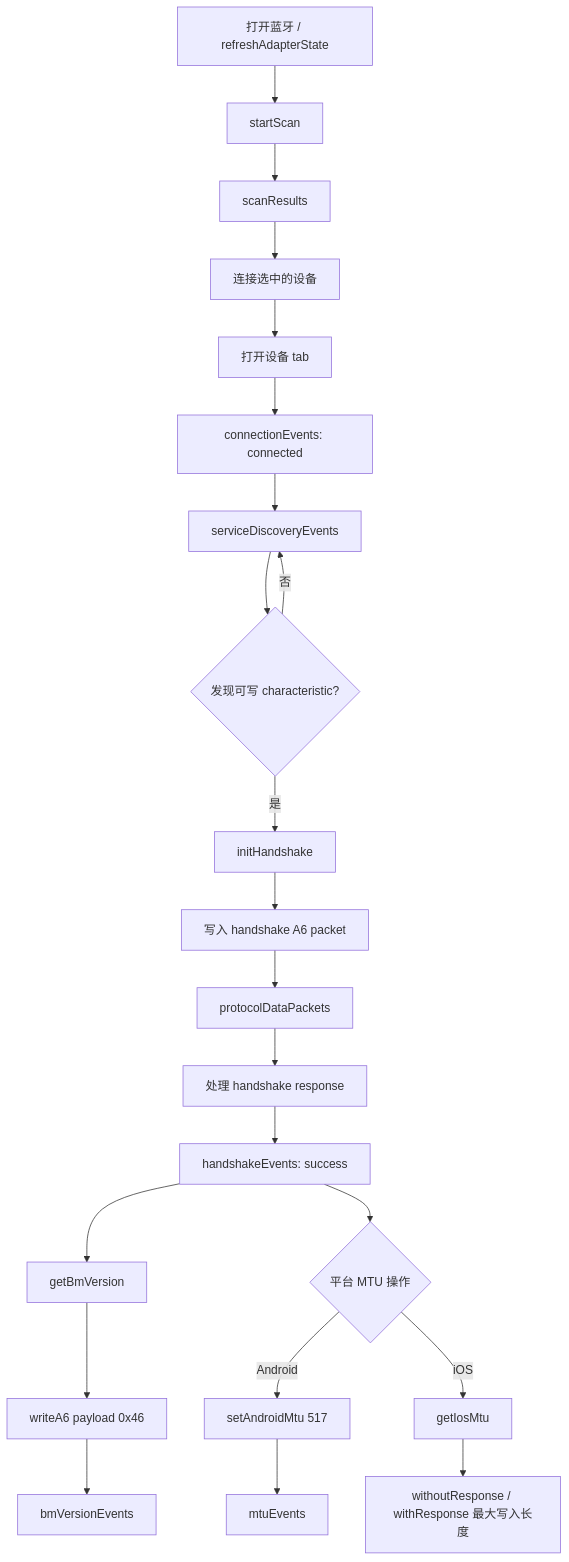
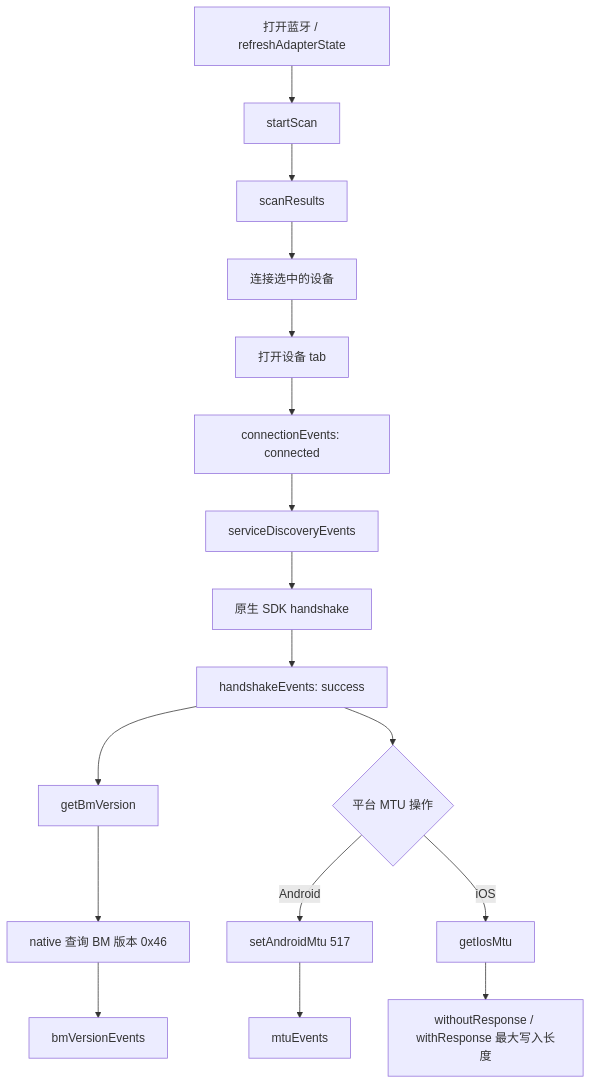
The diagram in README_ZH.md (elinkthings/flutter_elink_ble), drawn with Mermaid before and after one commit. The commit also changed other lines of this file and 16 other files, not shown here.

````diff
--- a/README_ZH.md
+++ b/README_ZH.md
@@ -130,24 +130,19 @@
 ```mermaid
 flowchart TD
   A[打开蓝牙 / refreshAdapterState] --> B[startScan]
   B --> C[scanResults]
   C --> D[连接选中的设备]
   D --> E[打开设备 tab]
   E --> F[connectionEvents: connected]
   F --> G[serviceDiscoveryEvents]
-  G --> H{发现可写 characteristic?}
-  H -- 否 --> G
-  H -- 是 --> I[initHandshake]
-  I --> J[写入 handshake A6 packet]
-  J --> K[protocolDataPackets]
-  K --> L[处理 handshake response]
-  L --> M[handshakeEvents: success]
-  M --> N[getBmVersion]
-  N --> O[writeA6 payload 0x46]
-  O --> P[bmVersionEvents]
-  M --> Q{平台 MTU 操作}
-  Q -- Android --> R[setAndroidMtu 517]
-  R --> S[mtuEvents]
-  Q -- iOS --> T[getIosMtu]
-  T --> U[withoutResponse / withResponse 最大写入长度]
+  G --> H[原生 SDK handshake]
+  H --> I[handshakeEvents: success]
+  I --> J[getBmVersion]
+  J --> K[native 查询 BM 版本 0x46]
+  K --> L[bmVersionEvents]
+  I --> M{平台 MTU 操作}
+  M -- Android --> N[setAndroidMtu 517]
+  N --> O[mtuEvents]
+  M -- iOS --> P[getIosMtu]
+  P --> Q[withoutResponse / withResponse 最大写入长度]
 ```
````
